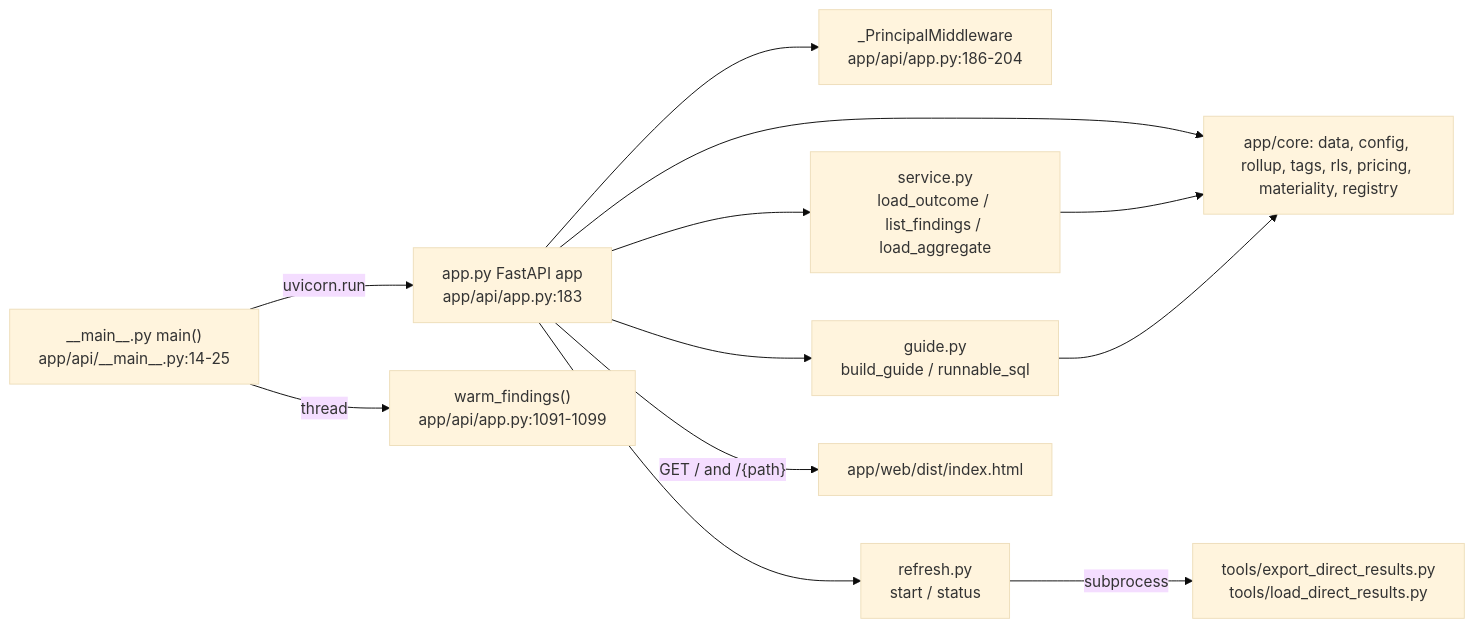
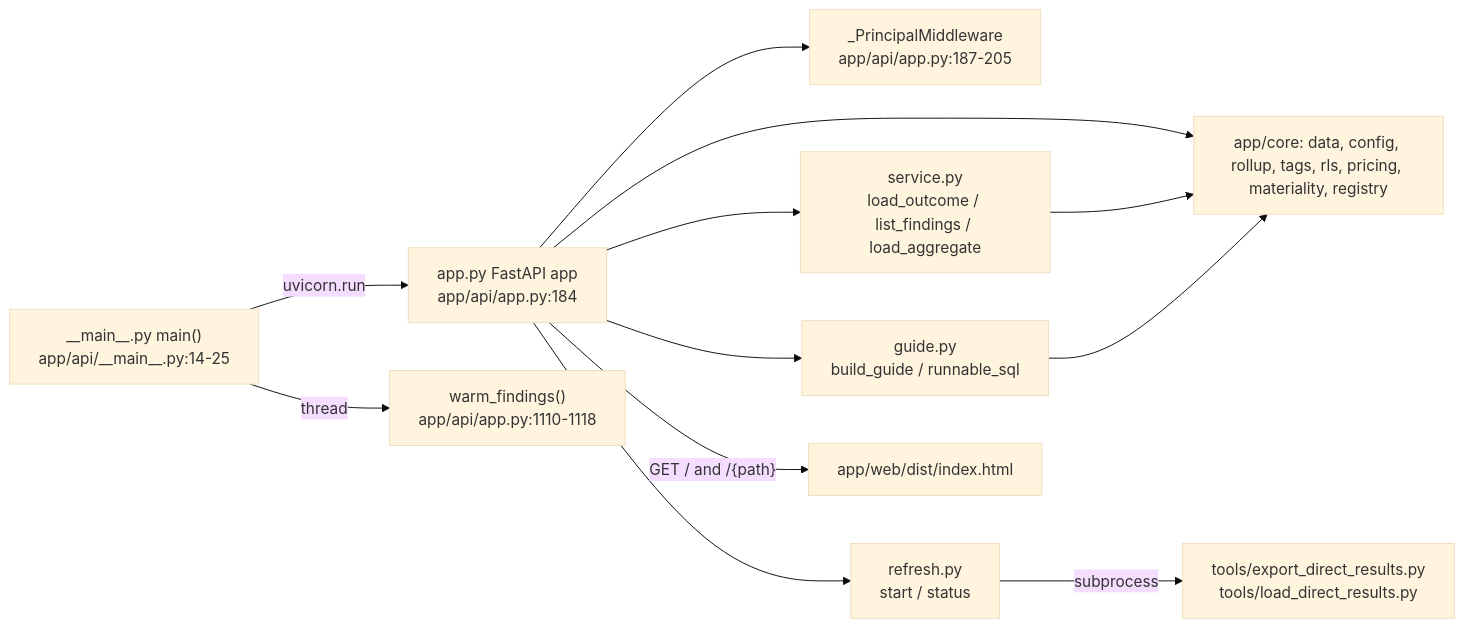
One commit to darshanmeel/databricks-audit-app changed the diagram in databricks-audit-app-knowledge-graph/modules/app_api.md. Above: the diagram before and after it, drawn with Mermaid (base theme). The commit also changed other lines of this file and 94 other files, not shown here.

First line of the commit message:
Graph and technical doc updated for the review fixes: 8,352 nodes and 23,453 edges

````diff
--- a/databricks-audit-app-knowledge-graph/modules/app_api.md
+++ b/databricks-audit-app-knowledge-graph/modules/app_api.md
@@ -5,14 +5,14 @@
 ```mermaid
 flowchart LR
-  main["__main__.py main()<br/>app/api/__main__.py:14-25"] -->|uvicorn.run| app["app.py FastAPI app<br/>app/api/app.py:183"]
-  main -->|thread| warm["warm_findings()<br/>app/api/app.py:1091-1099"]
-  app --> mw["_PrincipalMiddleware<br/>app/api/app.py:186-204"]
+  main["__main__.py main()<br/>app/api/__main__.py:14-25"] -->|uvicorn.run| app["app.py FastAPI app<br/>app/api/app.py:184"]
+  main -->|thread| warm["warm_findings()<br/>app/api/app.py:1110-1118"]
+  app --> mw["_PrincipalMiddleware<br/>app/api/app.py:187-205"]
   app --> svc["service.py<br/>load_outcome / list_findings / load_aggregate"]
   app --> guide["guide.py<br/>build_guide / runnable_sql"]
   app --> refresh["refresh.py<br/>start / status"]
   app --> core["app/core: data, config, rollup, tags, rls, pricing, materiality, registry"]
   svc --> core
   guide --> core
   refresh -->|subprocess| tools["tools/export_direct_results.py<br/>tools/load_direct_results.py"]
   app -->|"GET / and /{path}"| dist["app/web/dist/index.html"]
 ```
````
